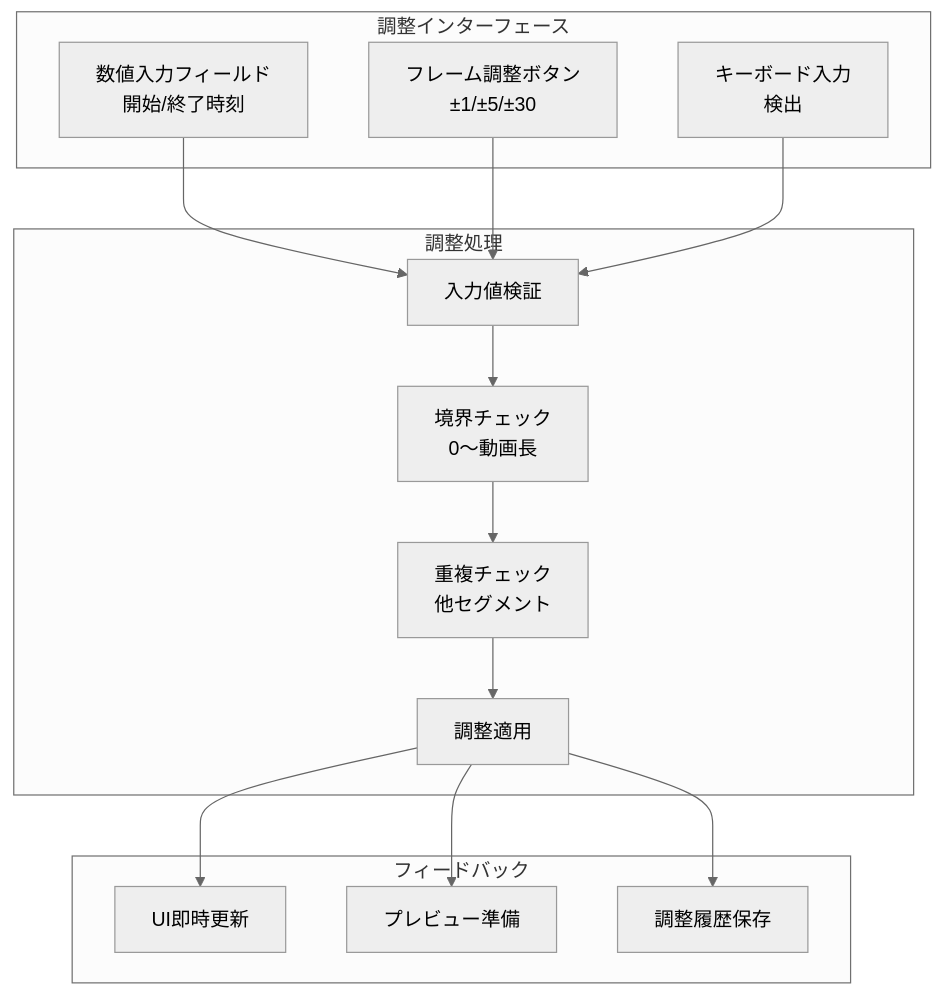
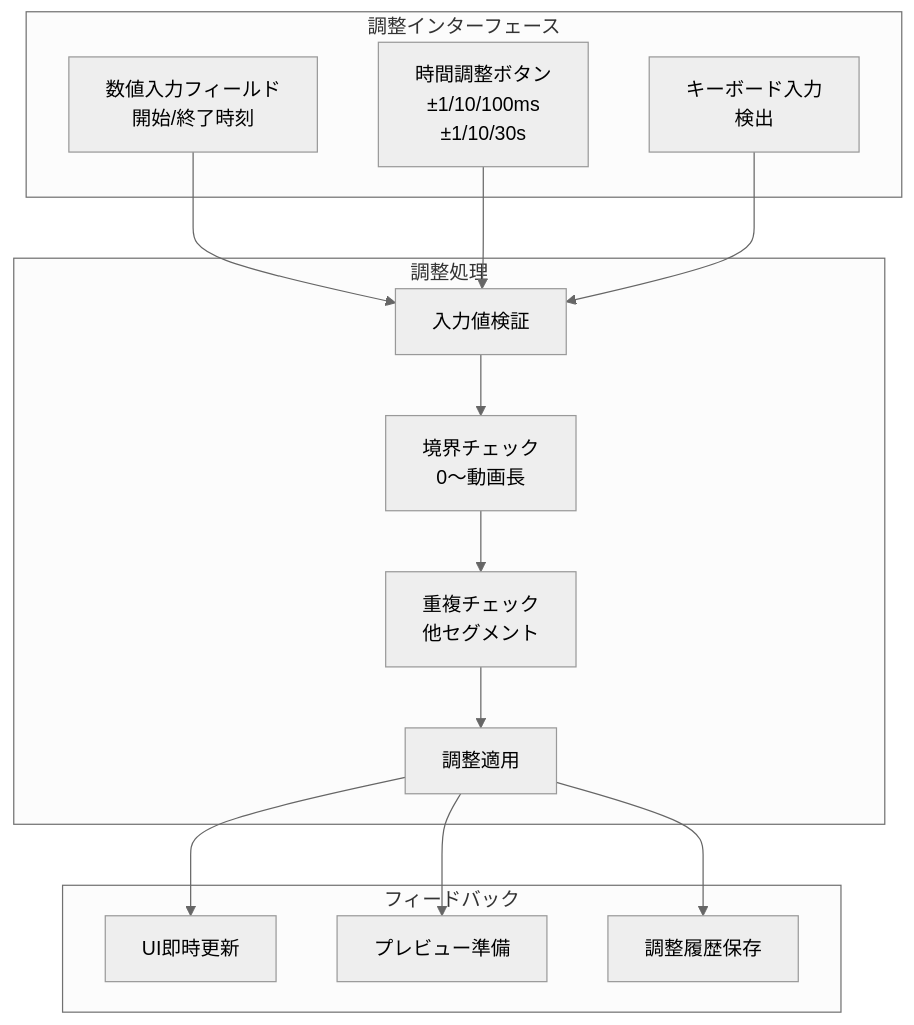
One commit to Coidemo/TextffCut changed diagram 14 of 32 in docs/basic_design_specification_v2.md. Above: the diagram before and after it, drawn with Mermaid (neutral theme). The commit also changed other lines of this file and 11 other files, not shown here.

````diff
--- a/docs/basic_design_specification_v2.md
+++ b/docs/basic_design_specification_v2.md
@@ -473,25 +473,25 @@
 ```mermaid
 flowchart TD
     subgraph "調整インターフェース"
         A1[数値入力フィールド<br/>開始/終了時刻]
-        A2[フレーム調整ボタン<br/>±1/±5/±30]
+        A2[時間調整ボタン<br/>±1/10/100ms<br/>±1/10/30s]
         A3[キーボード入力<br/>検出]
     end
     
     subgraph "調整処理"
         B1[入力値検証]
         B2[境界チェック<br/>0〜動画長]
         B3[重複チェック<br/>他セグメント]
         B4[調整適用]
     end
     
     subgraph "フィードバック"
         C1[UI即時更新]
         C2[プレビュー準備]
         C3[調整履歴保存]
     end
     
     A1 & A2 & A3 --> B1
     B1 --> B2 --> B3 --> B4
     B4 --> C1 & C2 & C3
 ```
````
